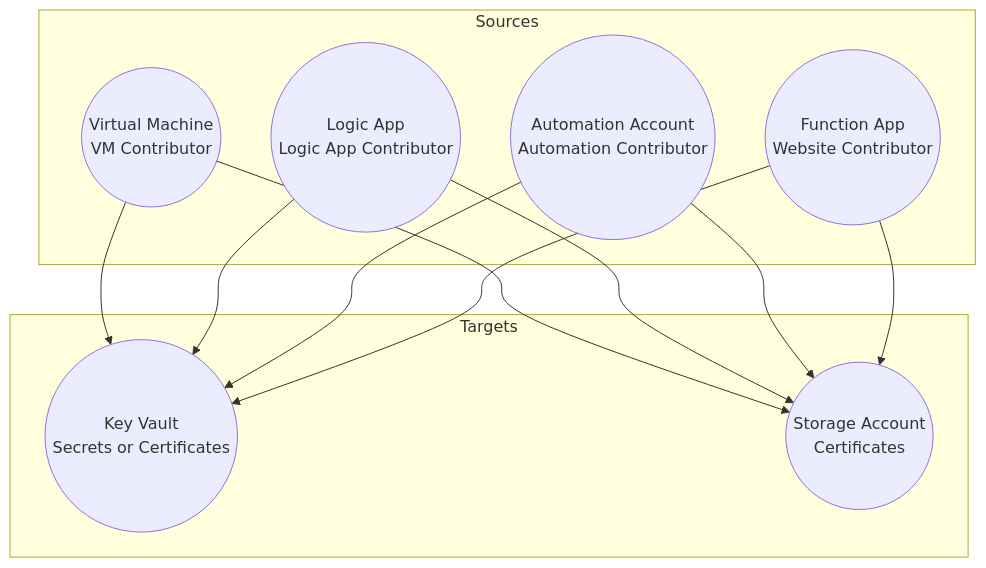
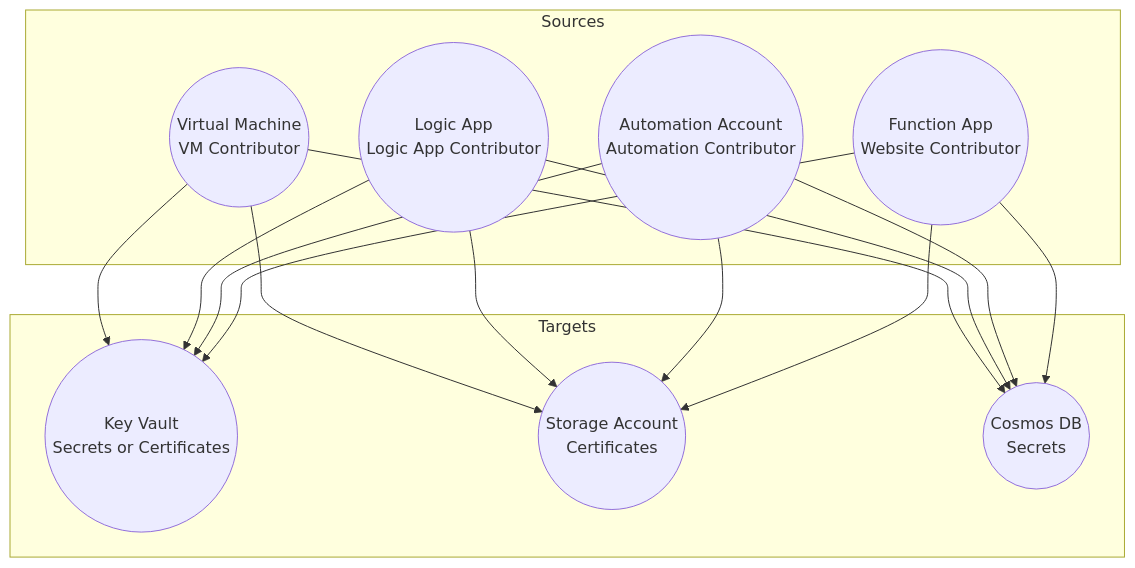
The third of 10 diagrams in docs/attack-paths/managed-identity-theft.md (mvelazc0/BadZure), drawn with Mermaid before and after one commit. The commit also changed other lines of this file and 15 other files, not shown here.

````diff
--- a/docs/attack-paths/managed-identity-theft.md
+++ b/docs/attack-paths/managed-identity-theft.md
@@ -42,23 +42,28 @@
 ``` mermaid
 graph TD
     subgraph Sources
         VM(("Virtual Machine<br/>VM Contributor"))
         LA(("Logic App<br/>Logic App Contributor"))
         AA(("Automation Account<br/>Automation Contributor"))
         FA(("Function App<br/>Website Contributor"))
     end
 
     subgraph Targets
         KV(("Key Vault<br/>Secrets or Certificates"))
         SA(("Storage Account<br/>Certificates"))
+        CDB(("Cosmos DB<br/>Secrets"))
     end
 
     VM --> KV
     VM --> SA
+    VM --> CDB
     LA --> KV
     LA --> SA
+    LA --> CDB
     AA --> KV
     AA --> SA
+    AA --> CDB
     FA --> KV
     FA --> SA
+    FA --> CDB
 ```
````
